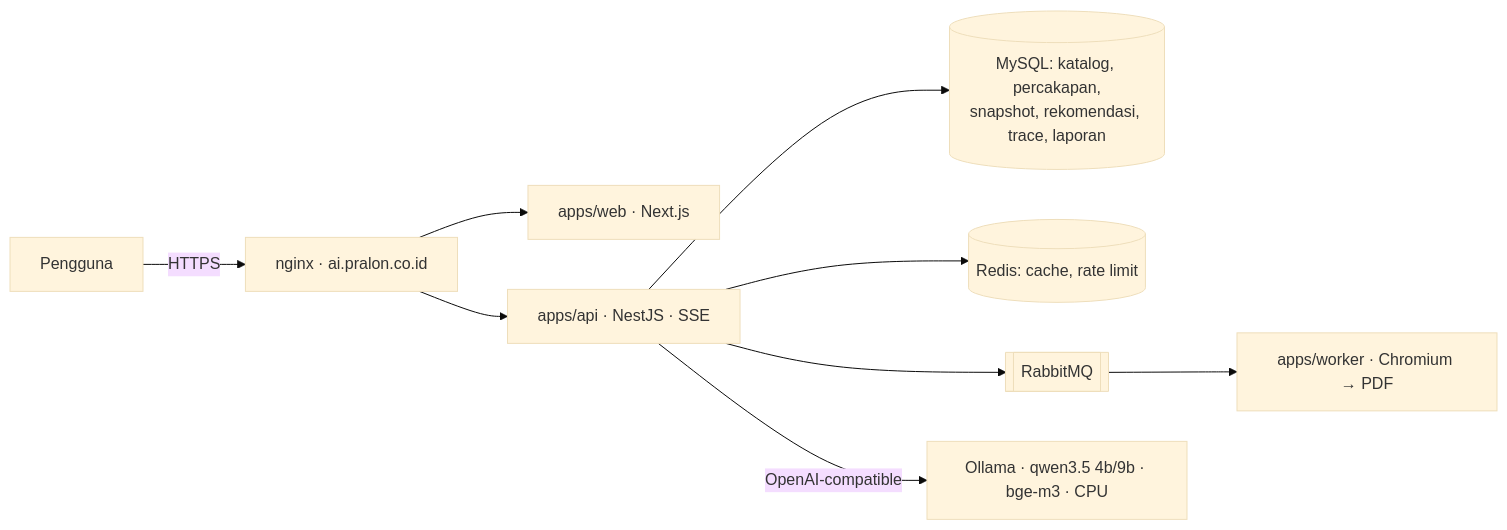
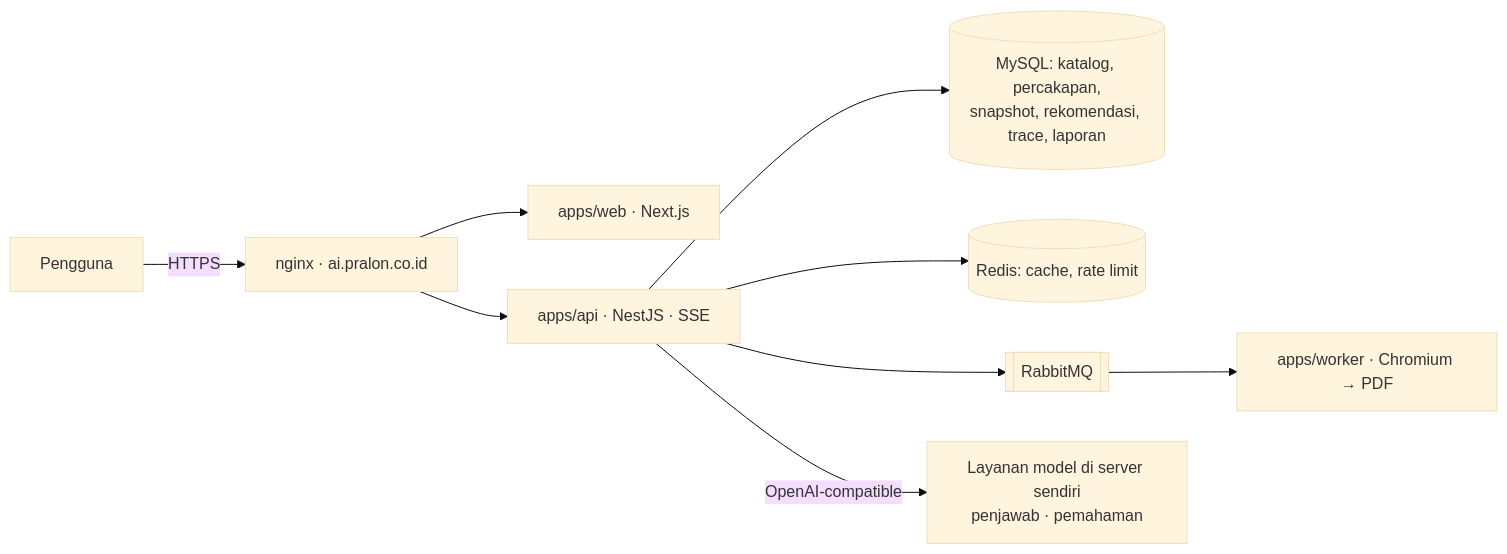
Before and after one commit to solusidigitalkita1001-sudo/snouty-draft: the first of 4 diagrams in docs/brainstorm/ARSITEKTUR_SKEMA.md, drawn with Mermaid (base theme). The commit also changed other lines of this file and 2 other files, not shown here.

First line of the commit message:
docs: the brainstorm pack stops naming the model engine and models

````diff
--- a/docs/brainstorm/ARSITEKTUR_SKEMA.md
+++ b/docs/brainstorm/ARSITEKTUR_SKEMA.md
@@ -20,10 +20,10 @@
 ```mermaid
 flowchart LR
   U[Pengguna] -->|HTTPS| N[nginx · ai.pralon.co.id]
   N --> W[apps/web · Next.js]
   N --> A[apps/api · NestJS · SSE]
   A --> M[(MySQL: katalog, percakapan,<br/>snapshot, rekomendasi, trace, laporan)]
   A --> R[(Redis: cache, rate limit)]
   A --> Q[[RabbitMQ]] --> K[apps/worker · Chromium → PDF]
-  A -->|OpenAI-compatible| O[Ollama · qwen3.5 4b/9b · bge-m3 · CPU]
+  A -->|OpenAI-compatible| O[Layanan model di server sendiri<br/>penjawab · pemahaman]
 ```
````
